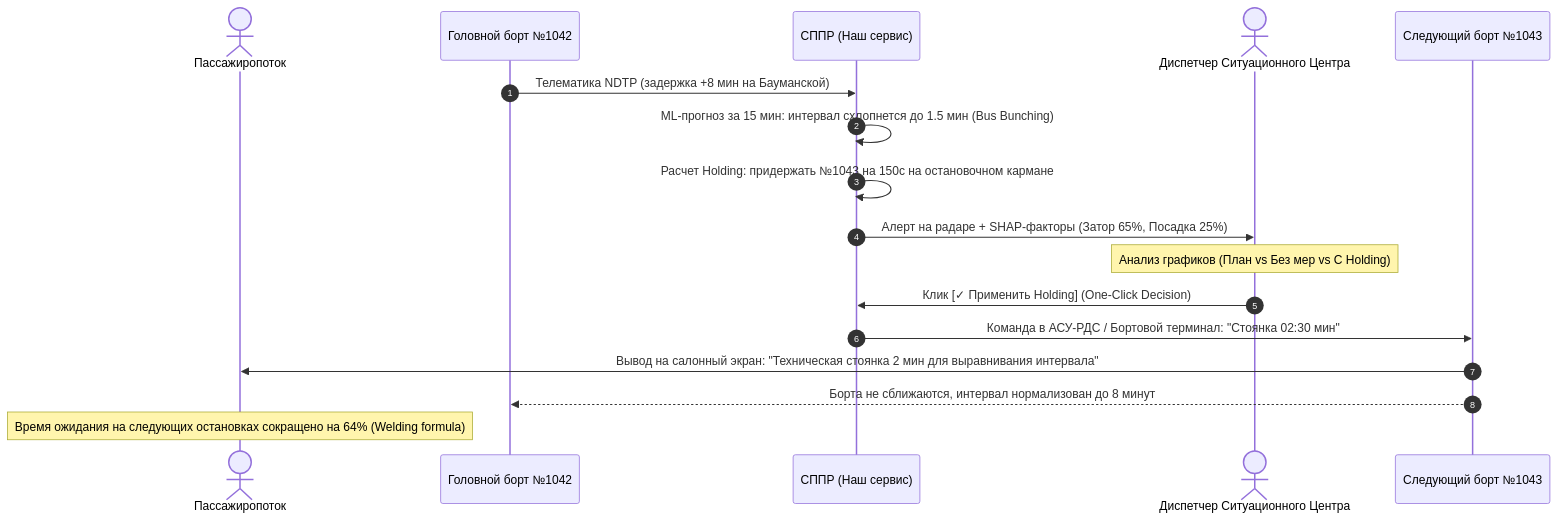
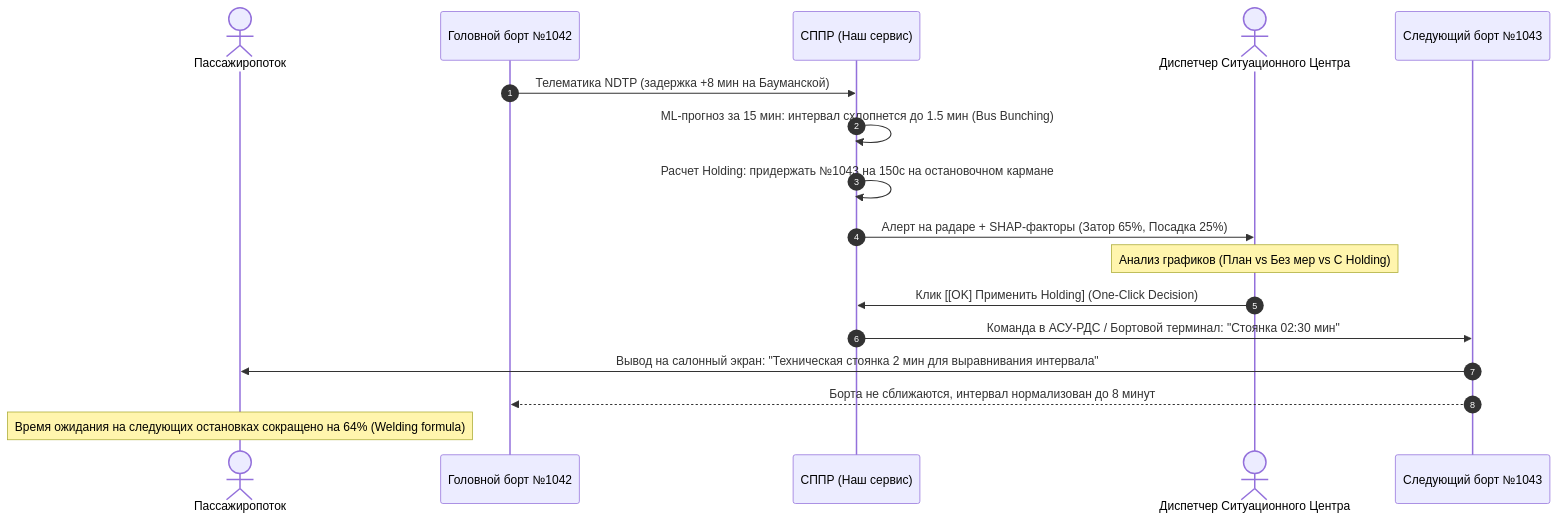
The second of 3 diagrams in docs/architecture.md (teamv39/mt-hack_predictor), drawn with Mermaid before and after one commit. The commit also changed other lines of this file and 85 other files, not shown here.

````diff
--- a/docs/architecture.md
+++ b/docs/architecture.md
@@ -69,20 +69,20 @@
 ```mermaid
 sequenceDiagram
     autonumber
     actor Пассажир as Пассажиропоток
     participant Борт1 as Головной борт №1042
     participant ЦОДД as СППР (Наш сервис)
     actor Диспетчер as Диспетчер Ситуационного Центра
     participant Борт2 as Следующий борт №1043
 
     Борт1->>ЦОДД: Телематика NDTP (задержка +8 мин на Бауманской)
     ЦОДД->>ЦОДД: ML-прогноз за 15 мин: интервал схлопнется до 1.5 мин (Bus Bunching)
     ЦОДД->>ЦОДД: Расчет Holding: придержать №1043 на 150с на остановочном кармане
     ЦОДД->>Диспетчер: Алерт на радаре + SHAP-факторы (Затор 65%, Посадка 25%)
     Note over Диспетчер: Анализ графиков (План vs Без мер vs С Holding)
-    Диспетчер->>ЦОДД: Клик [✓ Применить Holding] (One-Click Decision)
+    Диспетчер->>ЦОДД: Клик [[OK] Применить Holding] (One-Click Decision)
     ЦОДД->>Борт2: Команда в АСУ-РДС / Бортовой терминал: "Стоянка 02:30 мин"
     Борт2->>Пассажир: Вывод на салонный экран: "Техническая стоянка 2 мин для выравнивания интервала"
     Борт2-->>Борт1: Борта не сближаются, интервал нормализован до 8 минут
     Note over Пассажир: Время ожидания на следующих остановках сокращено на 64% (Welding formula)
 ```
````
